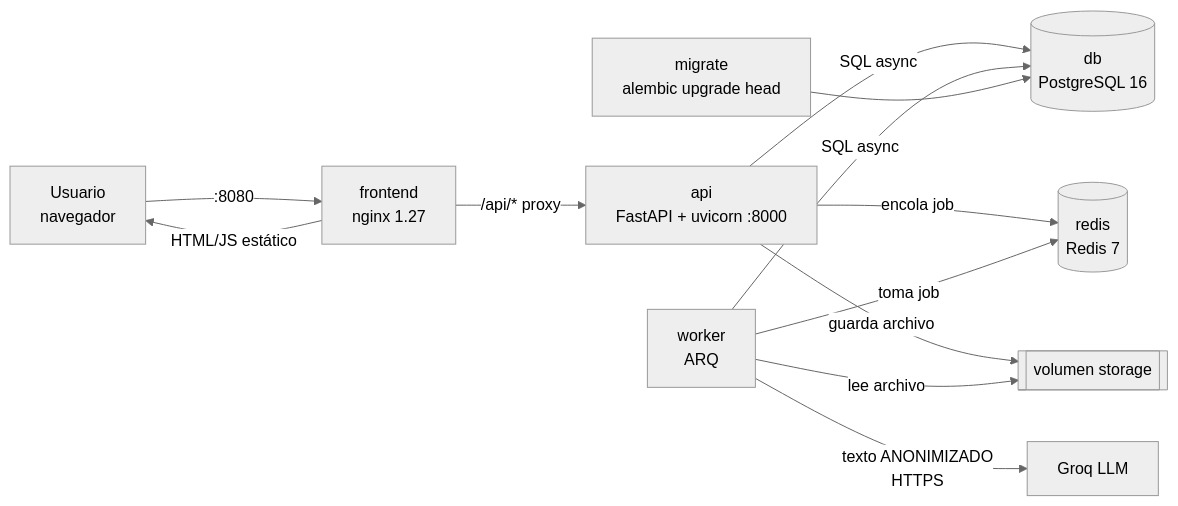
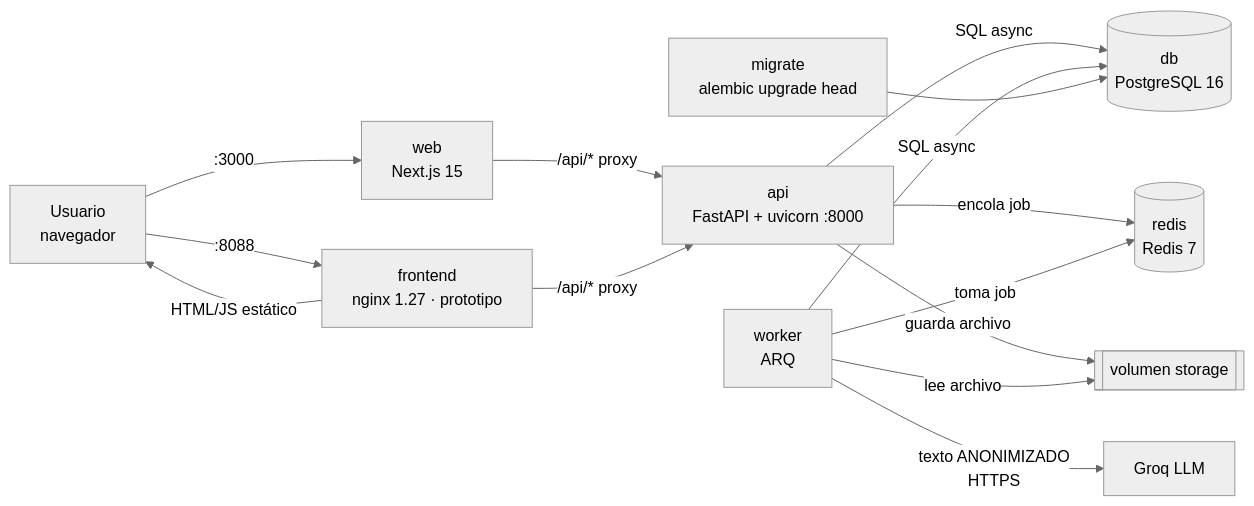
Before and after one commit to jerReyDuoc/Capstone: the first of 5 diagrams in Proyecto/README.md, drawn with Mermaid (neutral theme). The commit also changed other lines of this file and 48 other files, not shown here.

Commit message:
HU-13: panel web en Next.js (radar y barras de madurez, resumen de brechas, responsivo >=1024px, WCAG AA), servicio web y puertos configurables en docker-compose, README actualizado

````diff
--- a/Proyecto/README.md
+++ b/Proyecto/README.md
@@ -105,14 +106,16 @@
 ```mermaid
 flowchart LR
-    U[Usuario<br/>navegador] -->|:8080| N[frontend<br/>nginx 1.27]
+    U[Usuario<br/>navegador] -->|:3000| P[web<br/>Next.js 15]
+    P -->|/api/* proxy| A
+    U -->|:8088| N[frontend<br/>nginx 1.27 · prototipo]
     N -->|HTML/JS estático| U
     N -->|/api/* proxy| A[api<br/>FastAPI + uvicorn :8000]
     A -->|SQL async| DB[(db<br/>PostgreSQL 16)]
     A -->|encola job| R[(redis<br/>Redis 7)]
     A -->|guarda archivo| S[[volumen storage]]
     W[worker<br/>ARQ] -->|toma job| R
     W -->|lee archivo| S
     W -->|SQL async| DB
     W -->|texto ANONIMIZADO<br/>HTTPS| G[Groq LLM]
     M[migrate<br/>alembic upgrade head] --> DB
 ```
````
